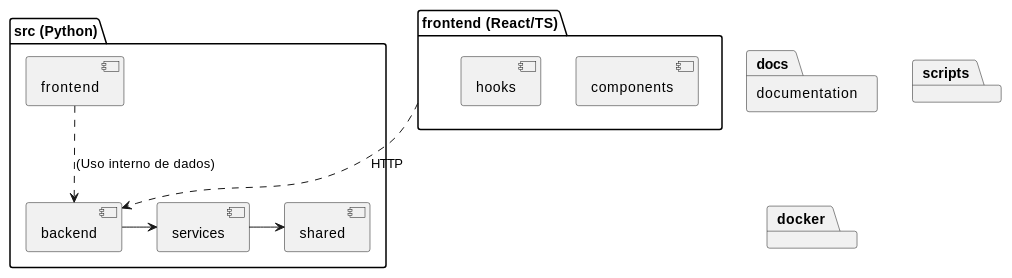
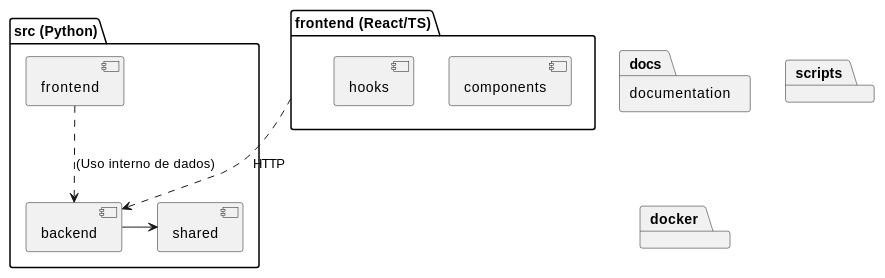
Before and after one commit to jonathan-nascimento51/glpi_dashboard_cau: the second of 2 diagrams in docs/architecture.md, drawn with PlantUML. The commit also changed other lines of this file and 1 other file, not shown here.

```diff
--- a/docs/architecture.md
+++ b/docs/architecture.md
@@ -66,22 +64,20 @@
 @startuml
 package "src (Python)" as src {
   [backend]
   [frontend]
-  [services]
   [shared]
 }
 
 package "frontend (React/TS)" as fe {
   [components]
   [hooks]
 }
 
 package "documentation" as docs
 package "scripts"
 package "docker"
 
 fe ..> [backend] : HTTP
 [frontend] ..> [backend] : (Uso interno de dados)
-[backend] -> [services]
-[services] -> [shared]
+[backend] -> [shared]
 @enduml
```
